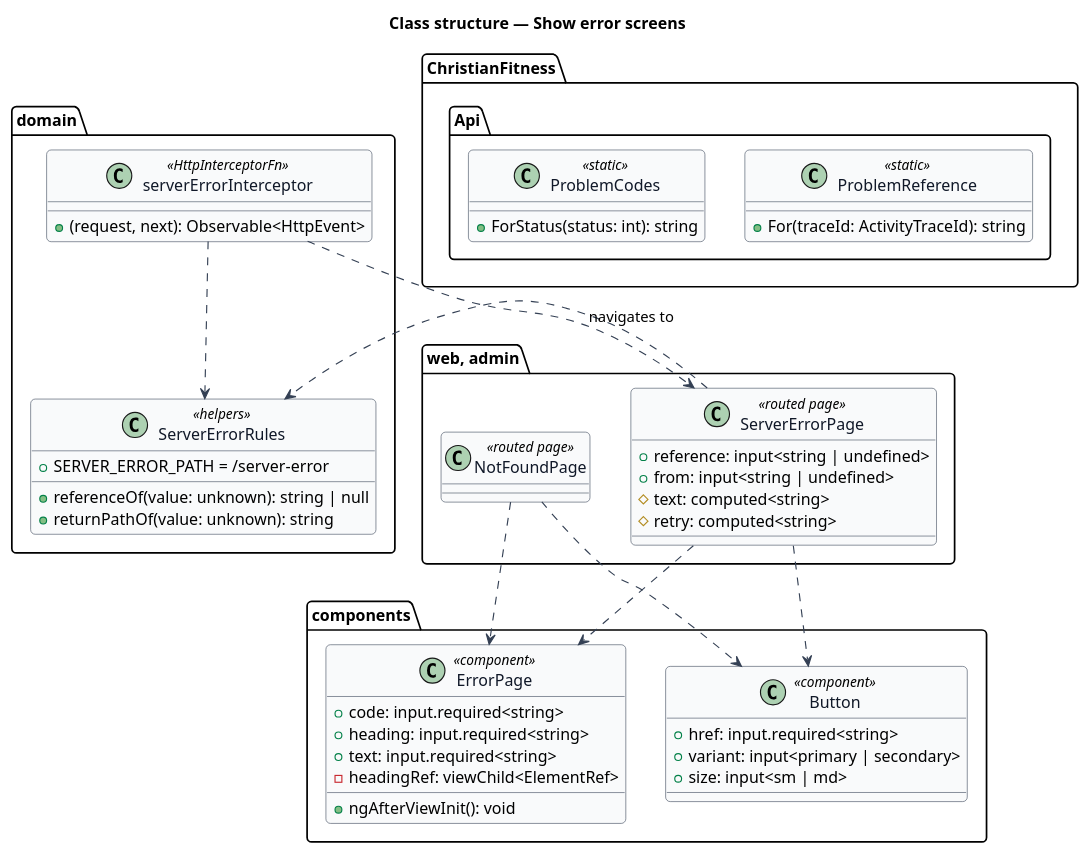
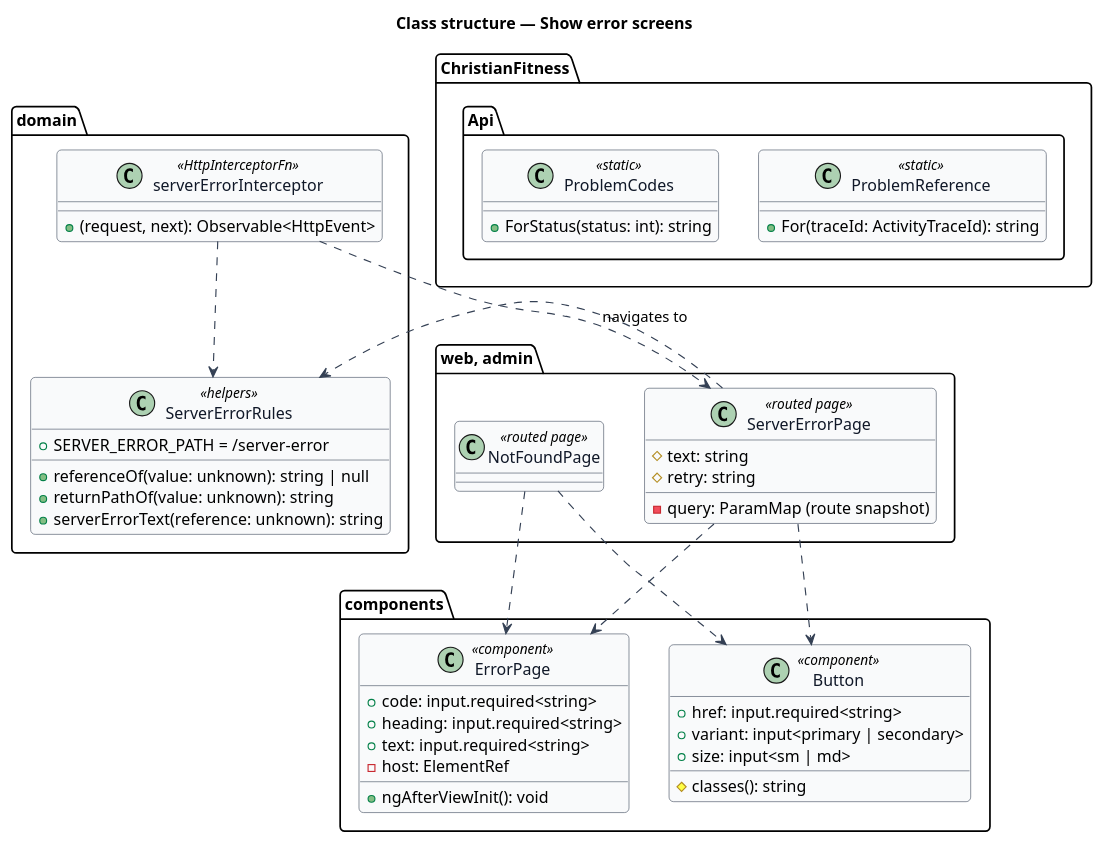
One commit to QuinntyneBrown/christian-fitness changed the diagram in docs/detailed-designs/errors/show-error-screens/diagrams/class-structure.puml. Above: the diagram before and after it, drawn with PlantUML. The commit also changed 7 other files, not shown here.

```diff
--- a/docs/detailed-designs/errors/show-error-screens/diagrams/class-structure.puml
+++ b/docs/detailed-designs/errors/show-error-screens/diagrams/class-structure.puml
@@ -1,62 +1,63 @@
 @startuml
 skinparam backgroundColor #FFFFFF
 skinparam shadowing false
 skinparam roundcorner 8
 skinparam defaultFontName Arial
 skinparam ArrowColor #344054
 skinparam class {
   BorderColor #344054
   FontColor #101828
   BackgroundColor #F9FAFB
 }
 title Class structure — Show error screens
 
 package "components" {
   class ErrorPage <<component>> {
     +code: input.required<string>
     +heading: input.required<string>
     +text: input.required<string>
-    -headingRef: viewChild<ElementRef>
+    -host: ElementRef
     +ngAfterViewInit(): void
   }
   class Button <<component>> {
     +href: input.required<string>
     +variant: input<primary | secondary>
     +size: input<sm | md>
+    #classes(): string
   }
 }
 package "domain" {
   class ServerErrorRules <<helpers>> {
     +SERVER_ERROR_PATH = /server-error
     +referenceOf(value: unknown): string | null
     +returnPathOf(value: unknown): string
+    +serverErrorText(reference: unknown): string
   }
   class serverErrorInterceptor <<HttpInterceptorFn>> {
     +(request, next): Observable<HttpEvent>
   }
 }
 package "web, admin" {
   class NotFoundPage <<routed page>>
   class ServerErrorPage <<routed page>> {
-    +reference: input<string | undefined>
-    +from: input<string | undefined>
-    #text: computed<string>
-    #retry: computed<string>
+    -query: ParamMap (route snapshot)
+    #text: string
+    #retry: string
   }
 }
 package "ChristianFitness.Api" {
   class ProblemReference <<static>> {
     +For(traceId: ActivityTraceId): string
   }
   class ProblemCodes <<static>> {
     +ForStatus(status: int): string
   }
 }
 NotFoundPage ..> ErrorPage
 NotFoundPage ..> Button
 ServerErrorPage ..> ErrorPage
 ServerErrorPage ..> Button
 ServerErrorPage ..> ServerErrorRules
 serverErrorInterceptor ..> ServerErrorRules
 serverErrorInterceptor ..> ServerErrorPage : navigates to
 @enduml
```
